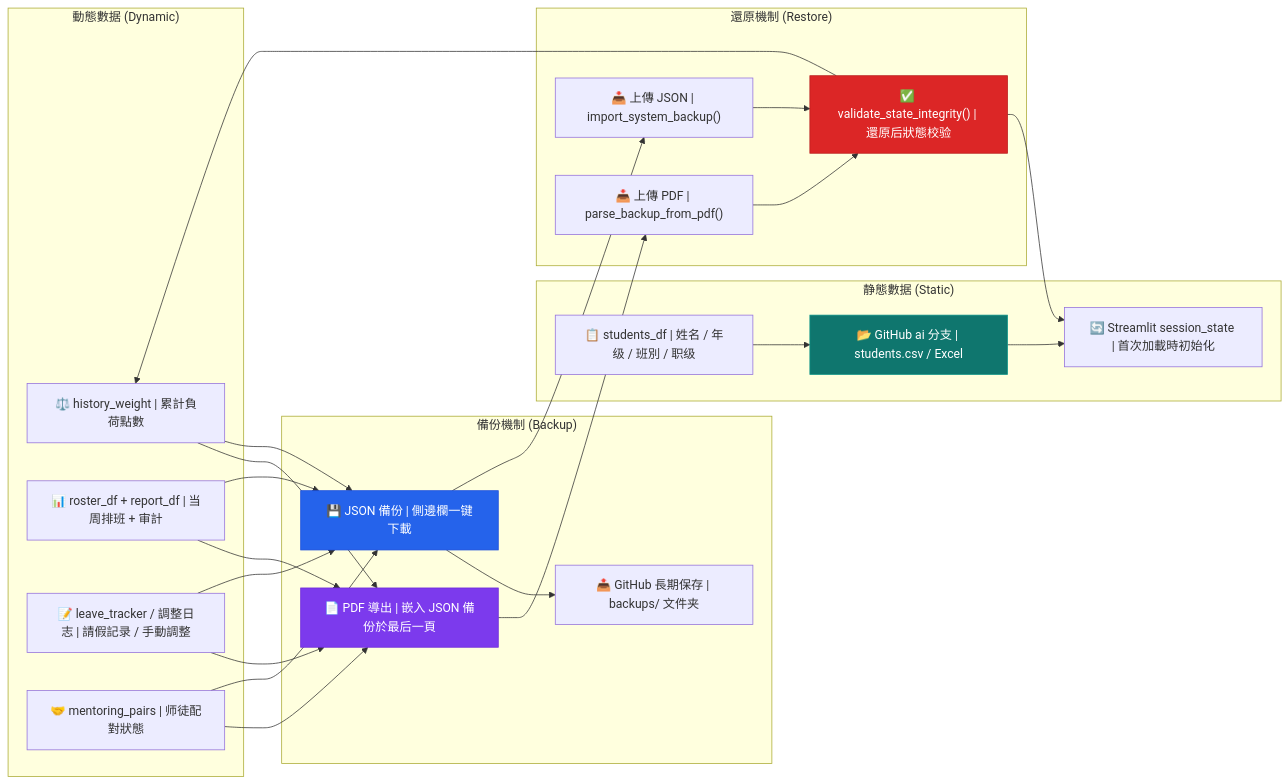
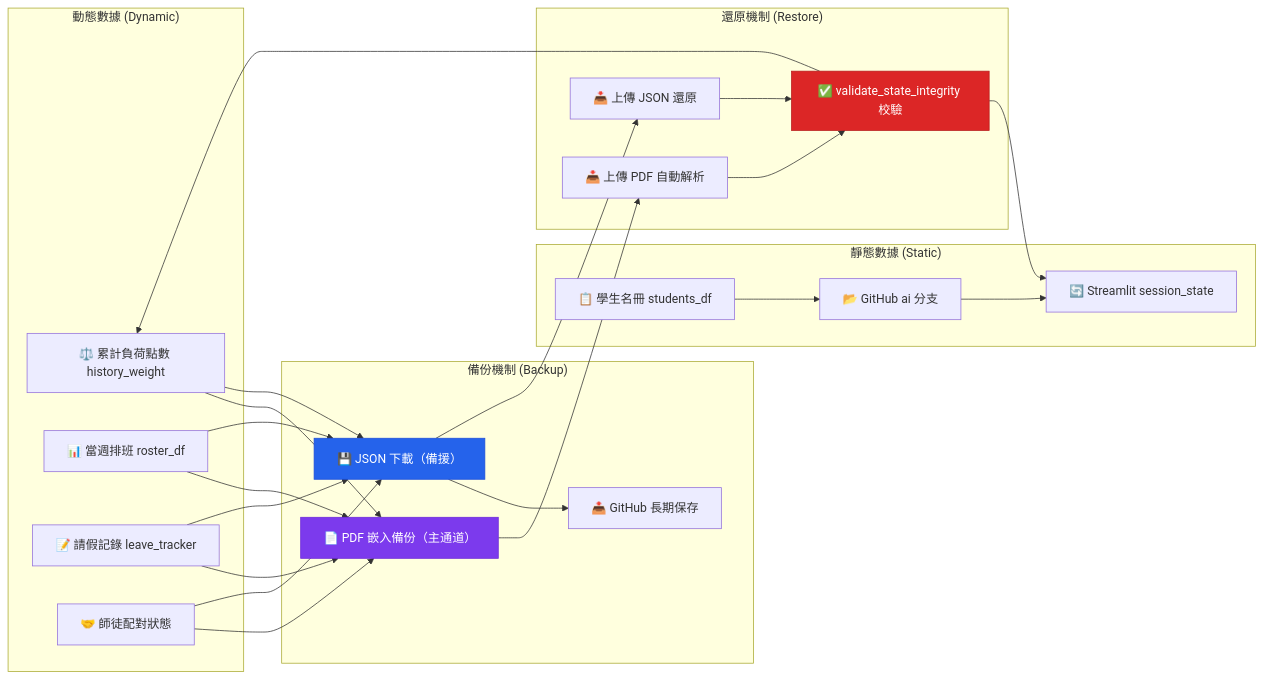
The third of 3 diagrams in README.md (JackyLi10777/Study-Prefect-Duty-Roster-System), drawn with Mermaid before and after one commit. The commit also changed other lines of this file and 1 other file, not shown here.

First line of the commit message:
docs: restructure README and in-app manual with two-tier architecture

````diff
--- a/README.md
+++ b/README.md
@@ -314,50 +217,49 @@
 ```mermaid
 flowchart LR
-    subgraph "静態數据 (Static)"
-        S1["📋 students_df | 姓名 / 年级 / 班別 / 职级"]
-        S2["📂 GitHub ai 分支 | students.csv / Excel"]
-        S3["🔄 Streamlit session_state | 首次加載時初始化"]
+    subgraph static["靜態數據 (Static)"]
+        S1["📋 學生名冊 students_df"]
+        S2["📂 GitHub ai 分支"]
+        S3["🔄 Streamlit session_state"]
     end
 
-    subgraph "動態數据 (Dynamic)"
-        D1["⚖️ history_weight | 累計負荷點數"]
-        D2["📊 roster_df + report_df | 当周排班 + 审計"]
-        D3["📝 leave_tracker / 調整日志 | 請假記录 / 手動調整"]
-        D4["🤝 mentoring_pairs | 师徒配對狀態"]
+    subgraph dynamic["動態數據 (Dynamic)"]
+        D1["⚖️ 累計負荷點數 history_weight"]
+        D2["📊 當週排班 roster_df"]
+        D3["📝 請假記錄 leave_tracker"]
+        D4["🤝 師徒配對狀態"]
     end
 
-    subgraph "備份機制 (Backup)"
-        B1["📄 PDF 導出 | 嵌入 JSON 備份於最后一頁"]
-        B2["💾 JSON 備份 | 側邊欄一键下載"]
-        B3["📤 GitHub 長期保存 | backups/ 文件夹"]
+    subgraph backup["備份機制 (Backup)"]
+        B1["📄 PDF 嵌入備份（主通道）"]
+        B2["💾 JSON 下載（備援）"]
+        B3["📤 GitHub 長期保存"]
     end
 
-    subgraph "還原機制 (Restore)"
-        R1["📥 上傳 PDF | parse_backup_from_pdf()"]
-        R2["📥 上傳 JSON | import_system_backup()"]
-        R3["✅ validate_state_integrity() | 還原后狀態校验"]
+    subgraph restore["還原機制 (Restore)"]
+        R1["📥 上傳 PDF 自動解析"]
+        R2["📥 上傳 JSON 還原"]
+        R3["✅ validate_state_integrity 校驗"]
     end
 
     S1 --> S2
     S2 --> S3
     D1 --> B1
+    D2 --> B1
+    D3 --> B1
+    D4 --> B1
     D1 --> B2
-    D2 --> B1
     D2 --> B2
-    D3 --> B1
     D3 --> B2
-    D4 --> B1
     D4 --> B2
     B2 --> B3
     B1 --> R1
     B2 --> R2
     R1 --> R3
     R2 --> R3
     R3 --> S3
     R3 --> D1
 
-    style S2 fill:#0F766E,stroke:#0D9488,color:#fff
     style B1 fill:#7C3AED,stroke:#6D28D9,color:#fff
     style B2 fill:#2563EB,stroke:#1D4ED8,color:#fff
     style R3 fill:#DC2626,stroke:#B91C1C,color:#fff
 ```
````
